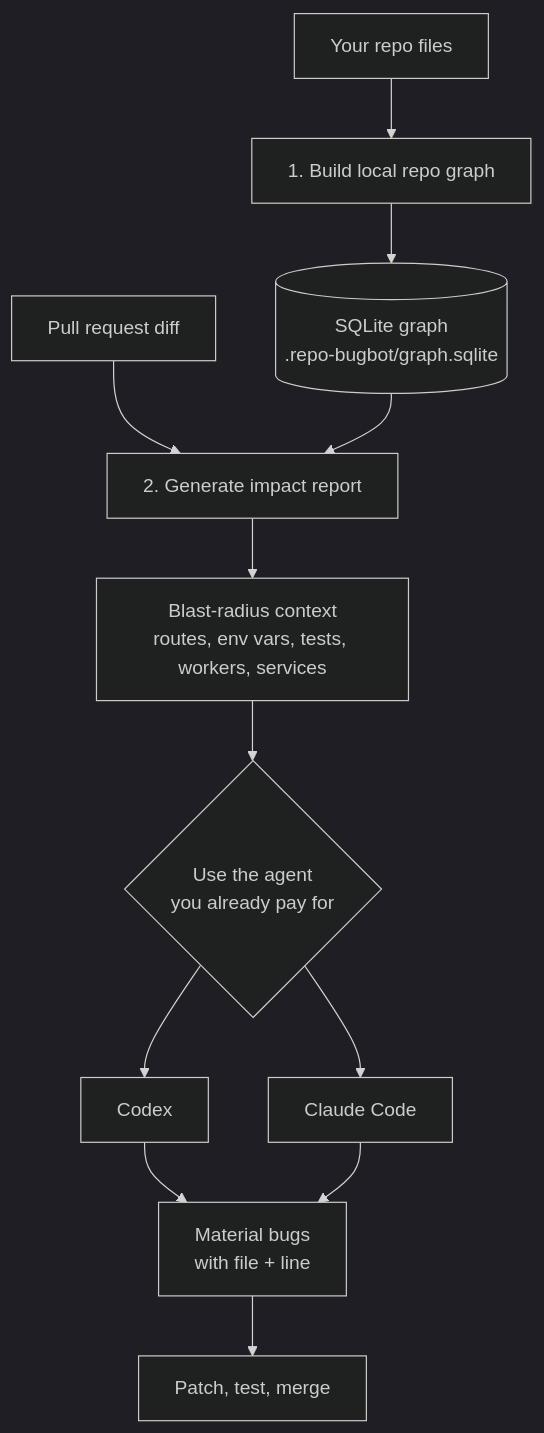
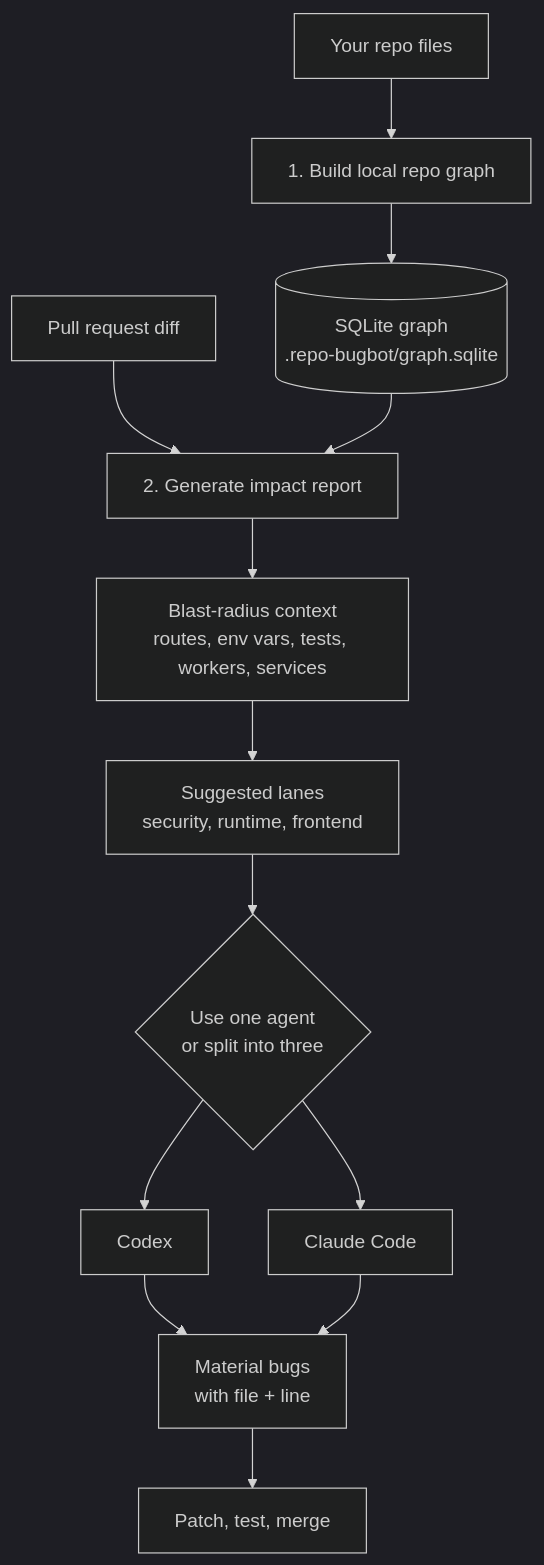
The diagram in README.md (samthedataman/free-cursor-bugbot), drawn with Mermaid (dark theme) before and after one commit. The commit also changed other lines of this file, not shown here.

Commit message:
Make quickstart and agent count explicit

````diff
--- a/README.md
+++ b/README.md
@@ -16,14 +80,15 @@
 ```mermaid
 flowchart TD
     Repo["Your repo files"] --> Index["1. Build local repo graph"]
     Index --> DB[("SQLite graph<br/>.repo-bugbot/graph.sqlite")]
     PR["Pull request diff"] --> Impact["2. Generate impact report"]
     DB --> Impact
     Impact --> Context["Blast-radius context<br/>routes, env vars, tests, workers, services"]
-    Context --> Choice{"Use the agent<br/>you already pay for"}
+    Context --> Lanes["Suggested lanes<br/>security, runtime, frontend"]
+    Lanes --> Choice{"Use one agent<br/>or split into three"}
     Choice --> Codex["Codex"]
     Choice --> Claude["Claude Code"]
     Codex --> Findings["Material bugs<br/>with file + line"]
     Claude --> Findings
     Findings --> Fix["Patch, test, merge"]
 ```
````
